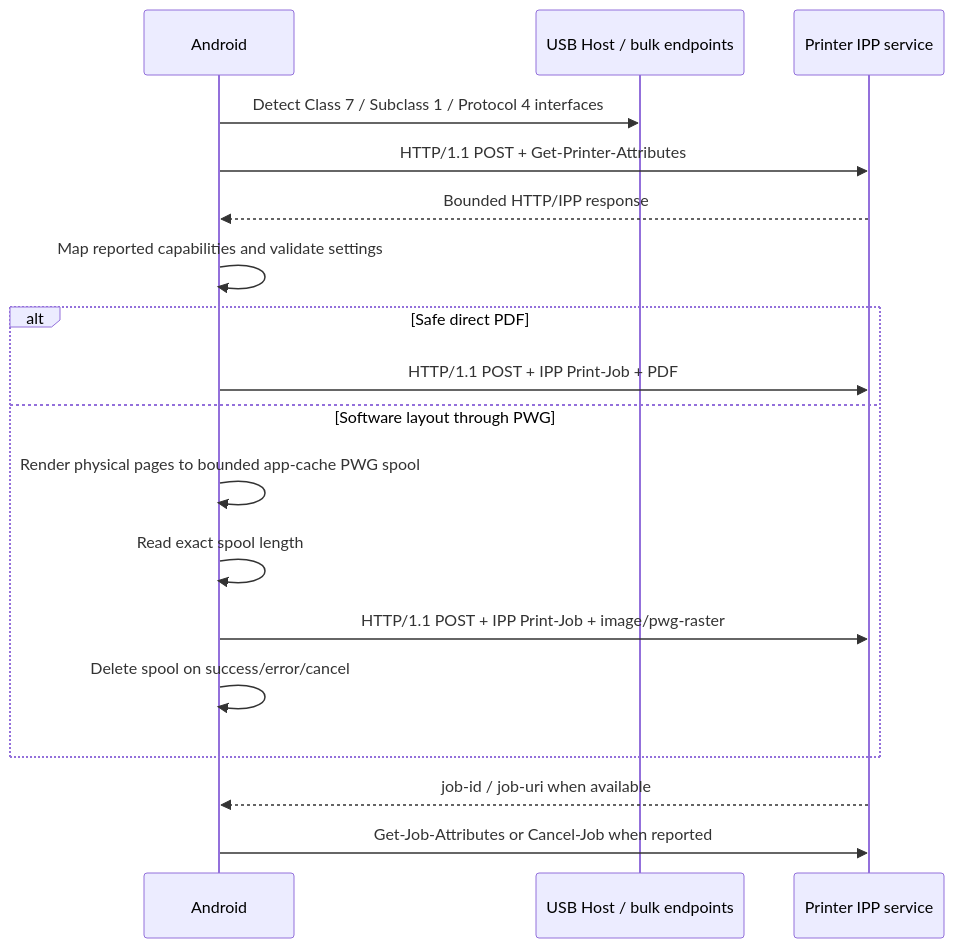
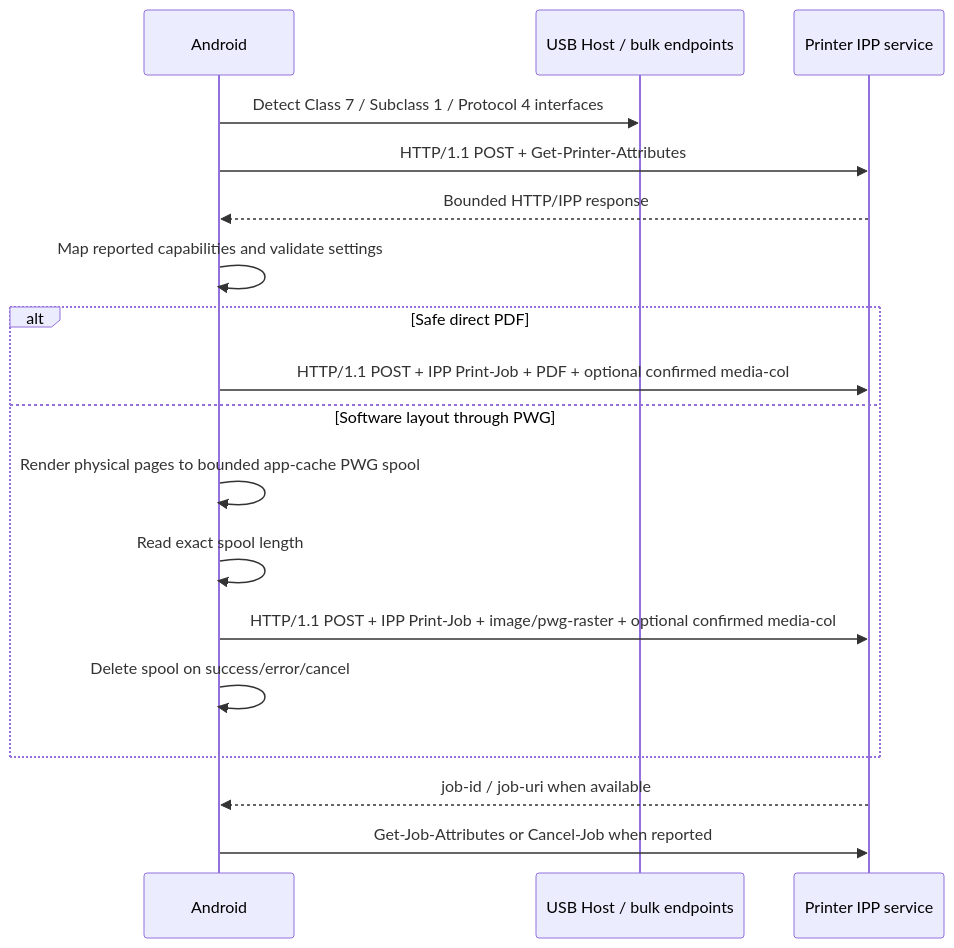
One commit to scholnik123/usb-print-android changed the fifth of 5 diagrams in docs/ARCHITECTURE.md. Above: the diagram before and after it, drawn with Mermaid. The commit also changed other lines of this file and 35 other files, not shown here.

Commit message:
feat(media): add confirmed custom paper sizes

````diff
--- a/docs/ARCHITECTURE.md
+++ b/docs/ARCHITECTURE.md
@@ -114,20 +114,20 @@
 ```mermaid
 sequenceDiagram
     participant Android
     participant USB as USB Host / bulk endpoints
     participant IPP as Printer IPP service
     Android->>USB: Detect Class 7 / Subclass 1 / Protocol 4 interfaces
     Android->>IPP: HTTP/1.1 POST + Get-Printer-Attributes
     IPP-->>Android: Bounded HTTP/IPP response
     Android->>Android: Map reported capabilities and validate settings
     alt Safe direct PDF
-        Android->>IPP: HTTP/1.1 POST + IPP Print-Job + PDF
+        Android->>IPP: HTTP/1.1 POST + IPP Print-Job + PDF + optional confirmed media-col
     else Software layout through PWG
         Android->>Android: Render physical pages to bounded app-cache PWG spool
         Android->>Android: Read exact spool length
-        Android->>IPP: HTTP/1.1 POST + IPP Print-Job + image/pwg-raster
+        Android->>IPP: HTTP/1.1 POST + IPP Print-Job + image/pwg-raster + optional confirmed media-col
         Android->>Android: Delete spool on success/error/cancel
     end
     IPP-->>Android: job-id / job-uri when available
     Android->>IPP: Get-Job-Attributes or Cancel-Job when reported
 ```
````
